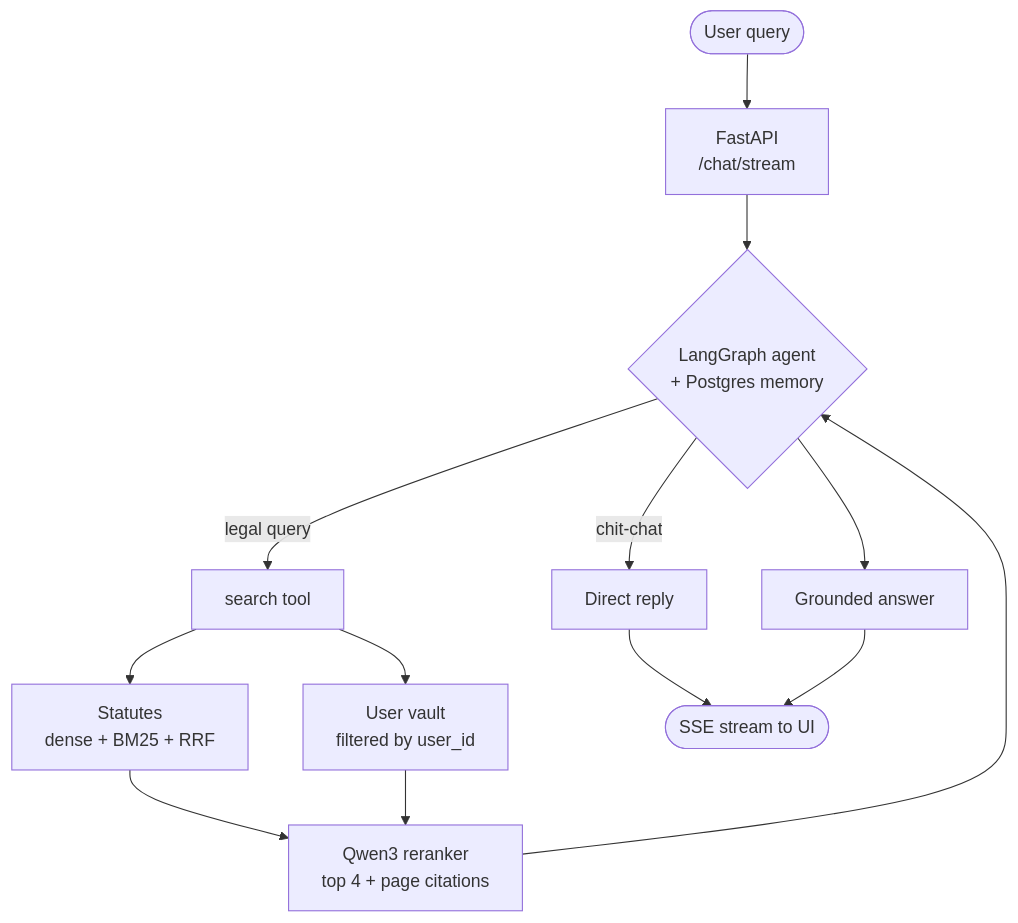
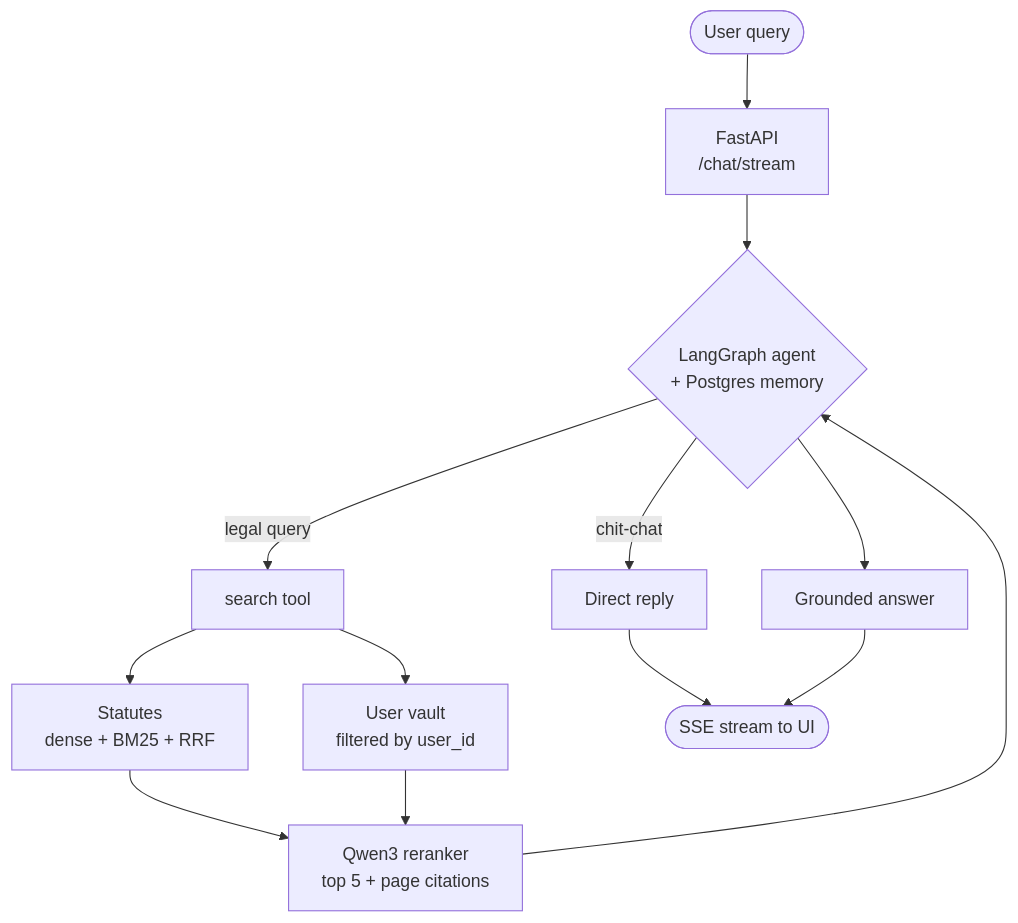
Before and after one commit to rajgurubhosale/LegalSathiAI: the second of 2 diagrams in README.md, drawn with Mermaid. The commit also changed other lines of this file and 1 other file, not shown here.

````diff
--- a/README.md
+++ b/README.md
@@ -44,15 +44,15 @@
 ```mermaid
 flowchart TD
     U([User query]) --> API[FastAPI<br/>/chat/stream]
     API --> AG{LangGraph agent<br/>+ Postgres memory}
     AG -->|chit-chat| R[Direct reply]
     AG -->|legal query| T[search tool]
     T --> S1[Statutes<br/>dense + BM25 + RRF]
     T --> S2[User vault<br/>filtered by user_id]
-    S1 --> RR[Qwen3 reranker<br/>top 4 + page citations]
+    S1 --> RR[Qwen3 reranker<br/>top 5 + page citations]
     S2 --> RR
     RR --> AG
     AG --> ANS[Grounded answer]
     R --> OUT([SSE stream to UI])
     ANS --> OUT
 ```
````
